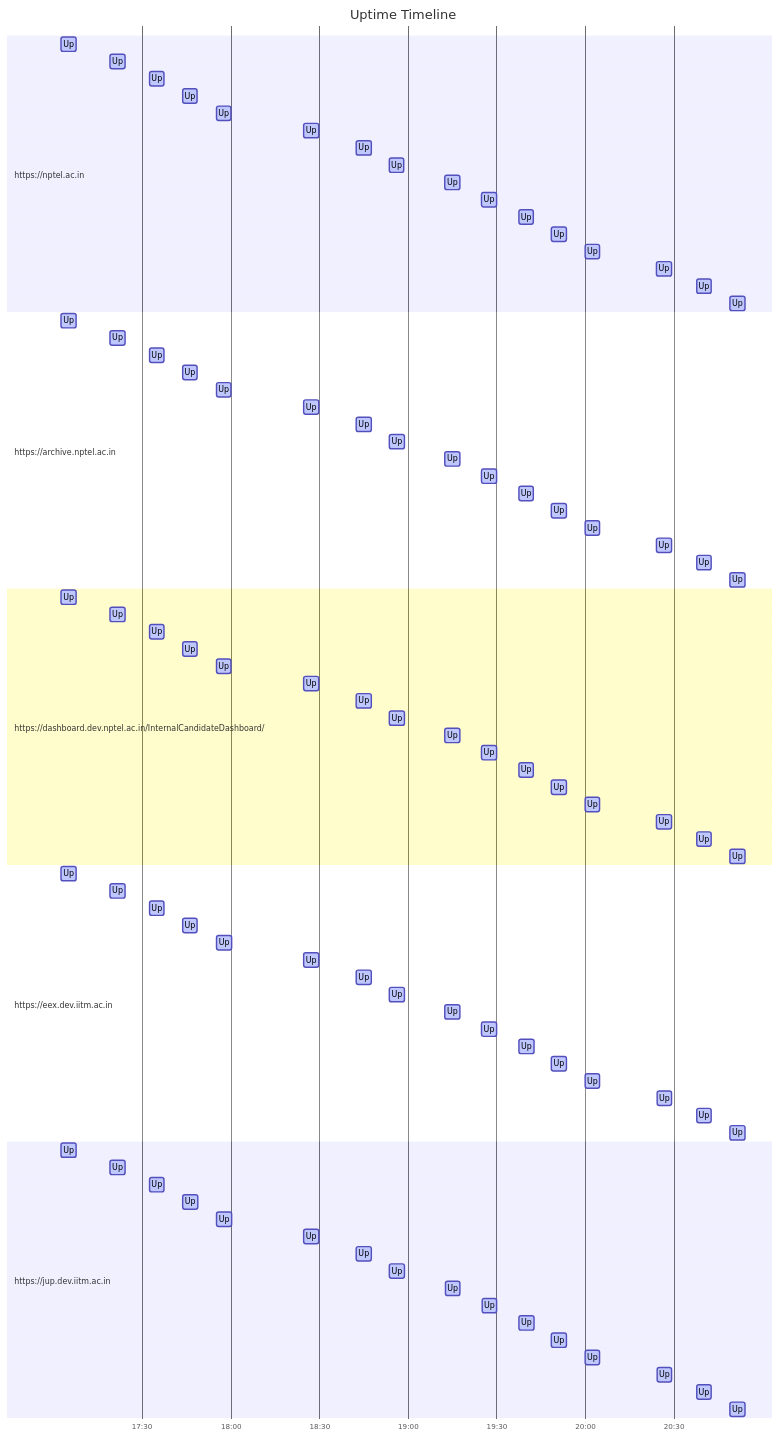
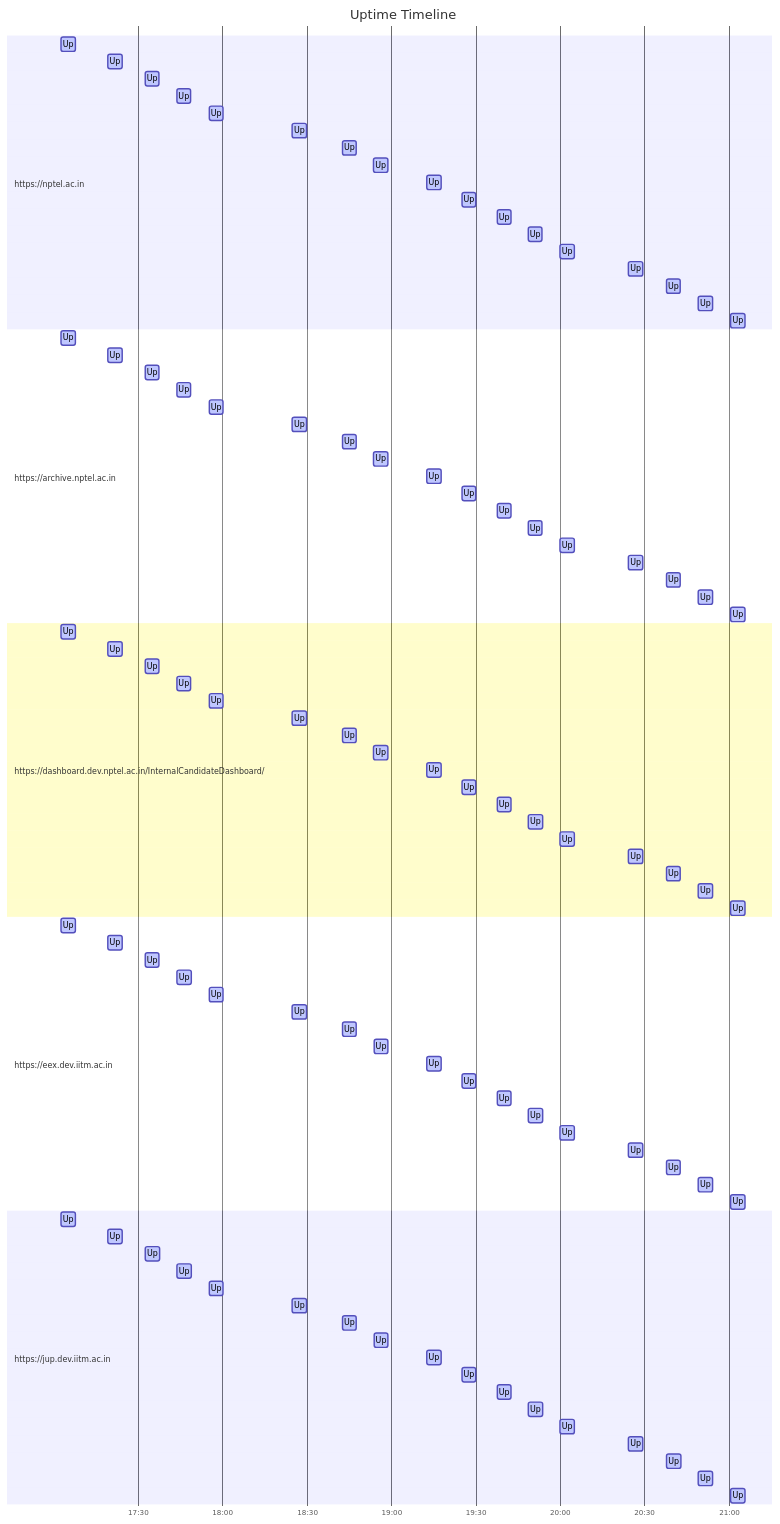
Before and after one commit to nchandra75/monitor: the diagram in results.md, drawn with Mermaid. The commit also changed other lines of this file and 1 other file, not shown here.

````diff
--- a/results.md
+++ b/results.md
@@ -40,6 +40,7 @@
         Up: active, 2024-09-13 20:24:18, 5m
         Up: active, 2024-09-13 20:37:45, 5m
         Up: active, 2024-09-13 20:49:08, 5m
+        Up: active, 2024-09-13 21:00:38, 5m
     section https://archive.nptel.ac.in
         Up: active, 2024-09-13 17:02:37, 5m
         Up: active, 2024-09-13 17:19:15, 5m
@@ -57,6 +58,7 @@
         Up: active, 2024-09-13 20:24:19, 5m
         Up: active, 2024-09-13 20:37:46, 5m
         Up: active, 2024-09-13 20:49:09, 5m
+        Up: active, 2024-09-13 21:00:39, 5m
     section https://dashboard.dev.nptel.ac.in/InternalCandidateDashboard/
         Up: active, 2024-09-13 17:02:38, 5m
         Up: active, 2024-09-13 17:19:15, 5m
@@ -74,6 +76,7 @@
         Up: active, 2024-09-13 20:24:20, 5m
         Up: active, 2024-09-13 20:37:47, 5m
         Up: active, 2024-09-13 20:49:10, 5m
+        Up: active, 2024-09-13 21:00:40, 5m
     section https://eex.dev.iitm.ac.in
         Up: active, 2024-09-13 17:02:39, 5m
         Up: active, 2024-09-13 17:19:16, 5m
@@ -91,6 +94,7 @@
         Up: active, 2024-09-13 20:24:21, 5m
         Up: active, 2024-09-13 20:37:48, 5m
         Up: active, 2024-09-13 20:49:11, 5m
+        Up: active, 2024-09-13 21:00:42, 5m
     section https://jup.dev.iitm.ac.in
         Up: active, 2024-09-13 17:02:40, 5m
         Up: active, 2024-09-13 17:19:17, 5m
@@ -108,4 +112,5 @@
         Up: active, 2024-09-13 20:24:22, 5m
         Up: active, 2024-09-13 20:37:49, 5m
         Up: active, 2024-09-13 20:49:12, 5m
+        Up: active, 2024-09-13 21:00:43, 5m
 ```
````
